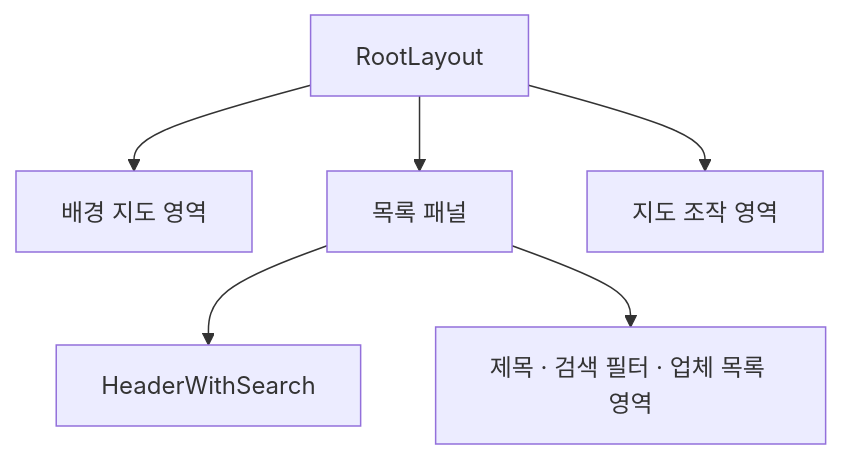
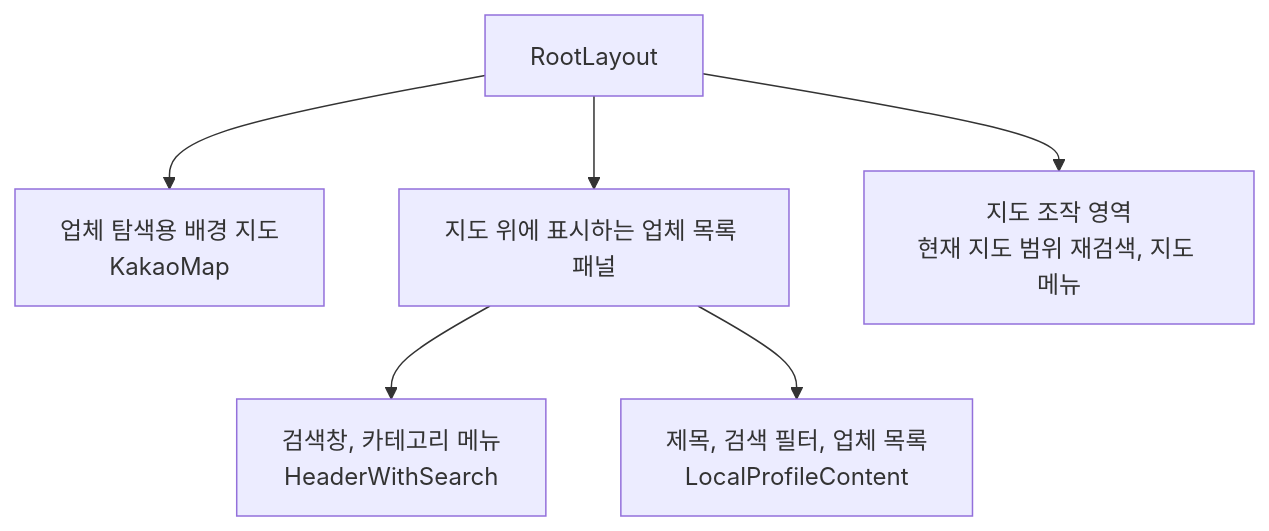
The second of 3 diagrams in README.md (doitdso753/carrot-client-clone), drawn with Mermaid before and after one commit. The commit also changed other lines of this file, not shown here.

````diff
--- a/README.md
+++ b/README.md
@@ -104,9 +81,9 @@
 ```mermaid
 flowchart TB
     Root["RootLayout"]
-    Root --> Map["배경 지도 영역"]
-    Root --> Panel["목록 패널"]
-    Panel --> Header["HeaderWithSearch"]
-    Panel --> Content["제목 · 검색 필터 · 업체 목록 영역"]
-    Root --> Controls["지도 조작 영역"]
+    Root --> Map["업체 탐색용 배경 지도<br/>KakaoMap"]
+    Root --> Panel["지도 위에 표시하는 업체 목록 패널"]
+    Panel --> Header["검색창, 카테고리 메뉴<br/>HeaderWithSearch"]
+    Panel --> Content["제목, 검색 필터, 업체 목록<br/>LocalProfileContent"]
+    Root --> Controls["지도 조작 영역<br/>현재 지도 범위 재검색, 지도 메뉴"]
 ```
````
